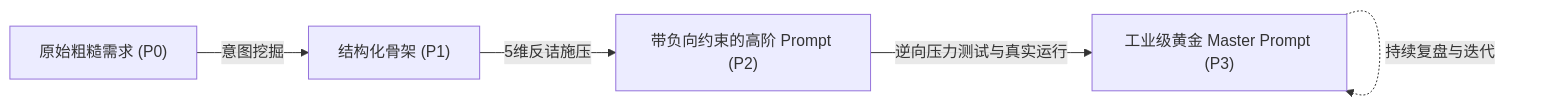
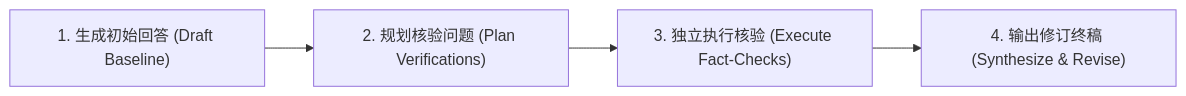
The diagram in skills/topic-socratic-prompt-master/references/sota-prompt-frameworks.md (guyue55/Skills), drawn with Mermaid before and after one commit. The commit also changed other lines of this file and 10 other files, not shown here.

Commit message:
feat(skill): 深度打磨升级 topic-socratic-prompt-master 技能至 SOTA 架构

````diff
--- a/skills/topic-socratic-prompt-master/references/sota-prompt-frameworks.md
+++ b/skills/topic-socratic-prompt-master/references/sota-prompt-frameworks.md
@@ -92,7 +64,6 @@
 ```mermaid
 graph LR
-    P0["原始粗糙需求 (P0)"] -->|意图挖掘| P1["结构化骨架 (P1)"]
-    P1 -->|5维反诘施压| P2["带负向约束的高阶 Prompt (P2)"]
-    P2 -->|逆向压力测试与真实运行| P3["工业级黄金 Master Prompt (P3)"]
-    P3 -.->|持续复盘与迭代| P3
+    A["1. 生成初始回答 (Draft Baseline)"] --> B["2. 规划核验问题 (Plan Verifications)"]
+    B --> C["3. 独立执行核验 (Execute Fact-Checks)"]
+    C --> D["4. 输出修订终稿 (Synthesize & Revise)"]
 ```
````
